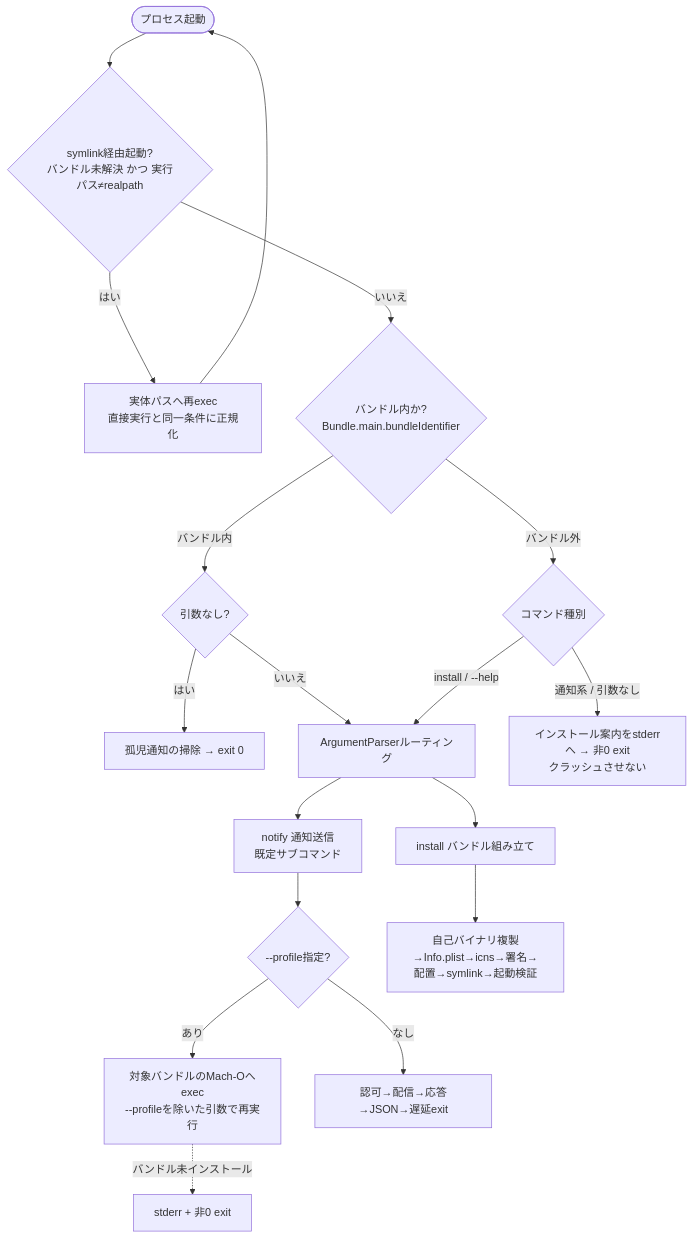
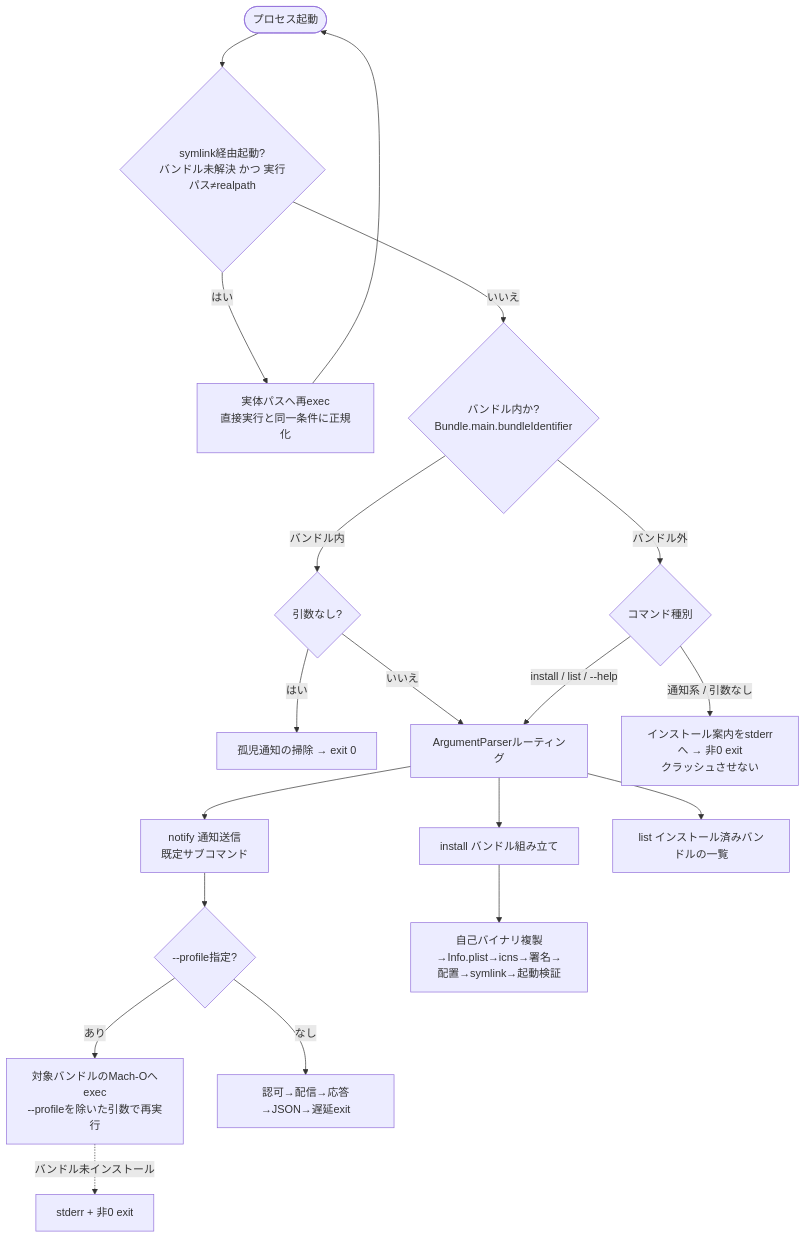
One commit to mjun0812/yobirin changed the third of 3 diagrams in .kiro/specs/yobirin-cli/design.md. Above: the diagram before and after it, drawn with Mermaid. The commit also changed other lines of this file and 4 other files, not shown here.

````diff
--- a/.kiro/specs/yobirin-cli/design.md
+++ b/.kiro/specs/yobirin-cli/design.md
@@ -180,20 +183,21 @@
 ```mermaid
 flowchart TD
     start([プロセス起動]) --> relink{symlink経由起動?<br>バンドル未解決 かつ 実行パス≠realpath}
     relink -->|はい| reexec[実体パスへ再exec<br>直接実行と同一条件に正規化]
     reexec --> start
     relink -->|いいえ| inBundle{バンドル内か?<br>Bundle.main.bundleIdentifier}
     inBundle -->|バンドル内| noargs{引数なし?}
     inBundle -->|バンドル外| outCmd{コマンド種別}
     noargs -->|はい| sweep[孤児通知の掃除 → exit 0]
     noargs -->|いいえ| route[ArgumentParserルーティング]
-    outCmd -->|install / --help| route
+    outCmd -->|install / list / --help| route
     outCmd -->|通知系 / 引数なし| guide[インストール案内をstderrへ → 非0 exit<br>クラッシュさせない]
     route --> notify[notify 通知送信<br>既定サブコマンド]
     route --> install[install バンドル組み立て]
+    route --> list[list インストール済みバンドルの一覧]
     notify --> prof{--profile指定?}
     prof -->|あり| exec[対象バンドルのMach-Oへexec<br>--profileを除いた引数で再実行]
     prof -->|なし| unflow[認可→配信→応答→JSON→遅延exit]
     exec -.->|バンドル未インストール| perr[stderr + 非0 exit]
     install --> asm[自己バイナリ複製→Info.plist→icns→署名→配置→symlink→起動検証]
 ```
````
